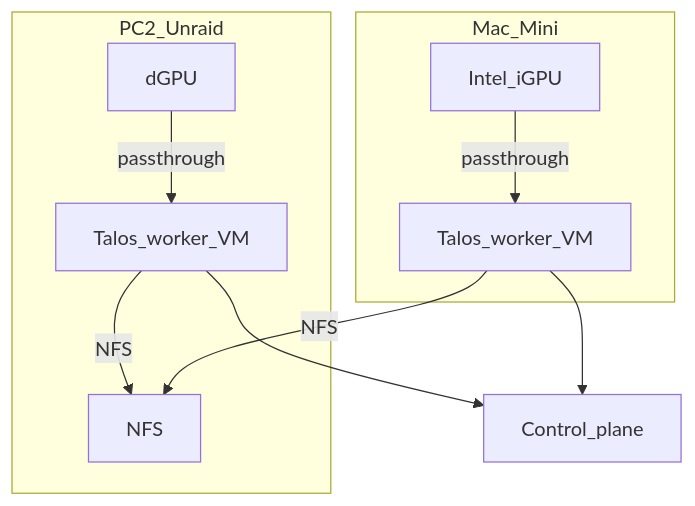
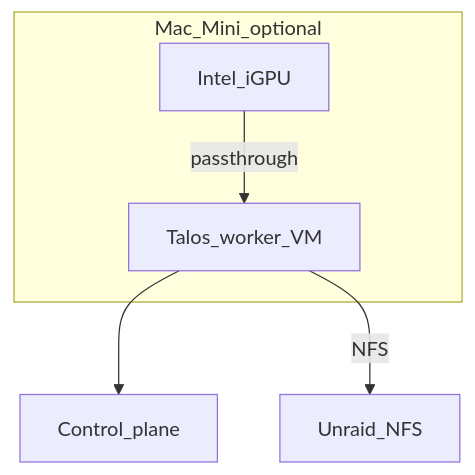
One commit to jacobdrury/homelab changed the diagram in docs/architecture/gpu.md. Above: the diagram before and after it, drawn with Mermaid. The commit also changed other lines of this file and 7 other files, not shown here.

````diff
--- a/docs/architecture/gpu.md
+++ b/docs/architecture/gpu.md
@@ -13,21 +15,13 @@
 ```mermaid
 flowchart TB
-  subgraph mini [Mac_Mini]
+  subgraph mini [Mac_Mini_optional]
     iGPU[Intel_iGPU]
     W1[Talos_worker_VM]
     iGPU -->|passthrough| W1
   end
 
-  subgraph unraid [PC2_Unraid]
-    Disks[NFS]
-    dGPU[dGPU]
-    W2[Talos_worker_VM]
-    dGPU -->|passthrough| W2
-  end
-
   CP[Control_plane]
+  Unraid[Unraid_NFS]
   W1 --> CP
-  W2 --> CP
-  W1 -->|NFS| Disks
-  W2 -->|NFS| Disks
+  W1 -->|NFS| Unraid
 ```
````
